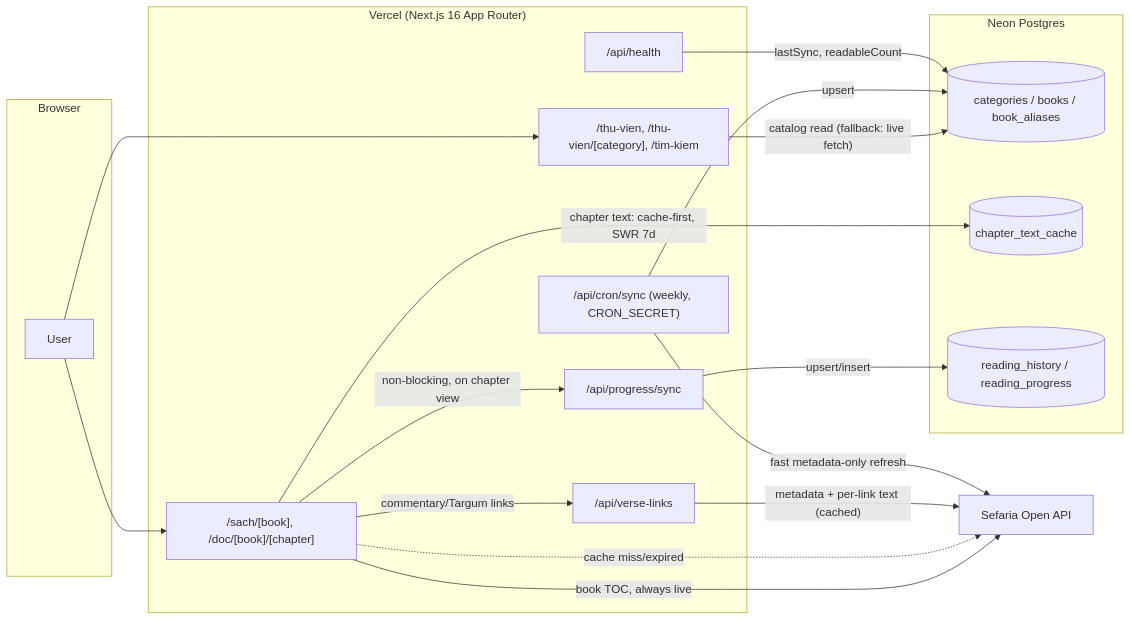
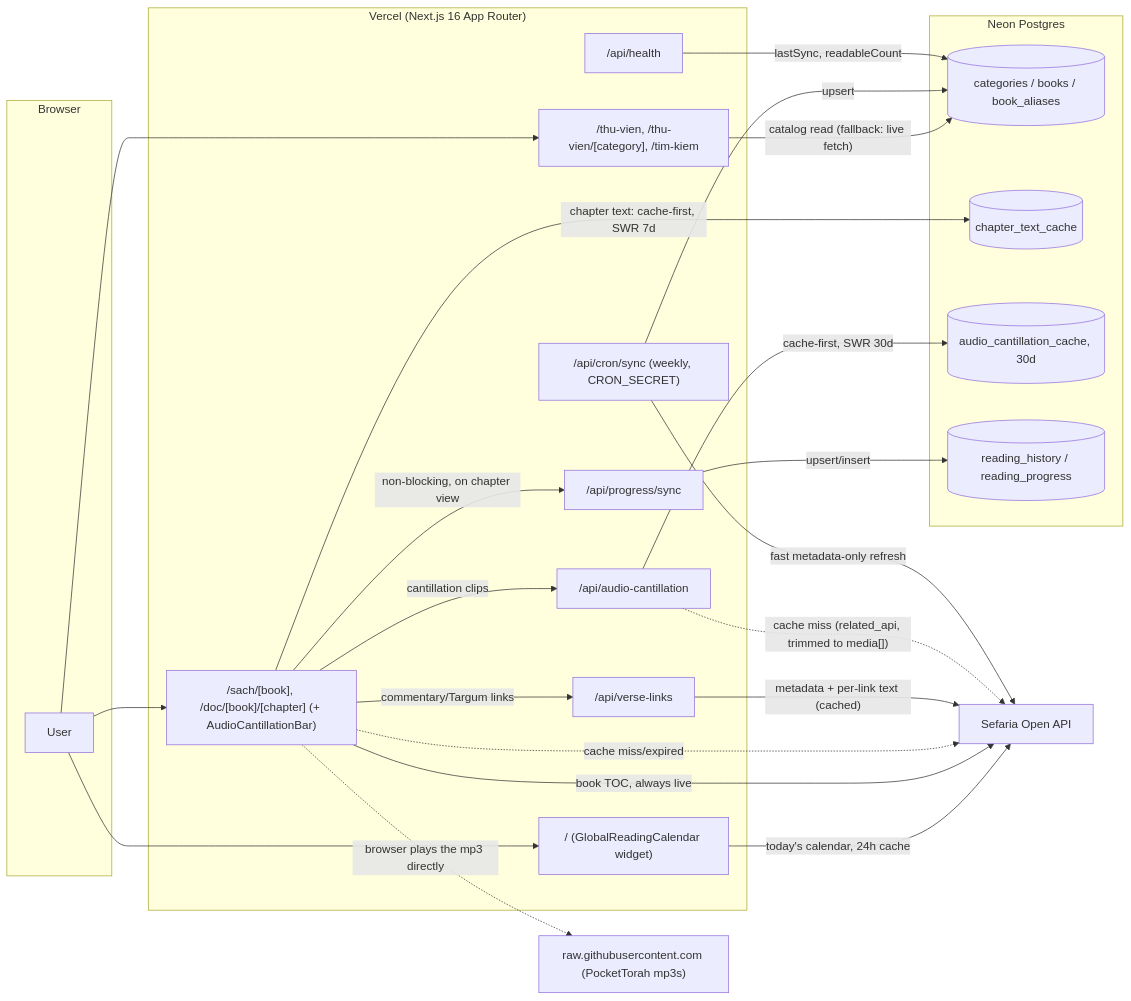
The diagram in README.md (minhtai0611/israeli-inspired-3d-book-website), drawn with Mermaid before and after one commit. The commit also changed other lines of this file, not shown here.

Commit message:
docs: reflect ADV-1..4 in README, correct plan doc's API assumptions

````diff
--- a/README.md
+++ b/README.md
@@ -53,34 +66,44 @@
 ```mermaid
 flowchart LR
     subgraph Browser
         U[User]
     end
     subgraph Vercel["Vercel (Next.js 16 App Router)"]
+        Home["/ (GlobalReadingCalendar widget)"]
         Browse["/thu-vien, /thu-vien/[category], /tim-kiem"]
-        Read["/sach/[book], /doc/[book]/[chapter]"]
+        Read["/sach/[book], /doc/[book]/[chapter] (+ AudioCantillationBar)"]
         ProgressAPI["/api/progress/sync"]
         LinksAPI["/api/verse-links"]
+        AudioAPI["/api/audio-cantillation"]
         Cron["/api/cron/sync (weekly, CRON_SECRET)"]
         Health["/api/health"]
     end
     subgraph Neon["Neon Postgres"]
         DB[(categories / books / book_aliases)]
         Cache[(chapter_text_cache)]
+        AudioCache[(audio_cantillation_cache, 30d)]
         Reader[(reading_history / reading_progress)]
     end
     Sefaria["Sefaria Open API"]
+    PocketTorah["raw.githubusercontent.com (PocketTorah mp3s)"]
 
+    U --> Home
     U --> Browse
     U --> Read
+    Home -- "today's calendar, 24h cache" --> Sefaria
     Browse -- "catalog read (fallback: live fetch)" --> DB
     Read -- "book TOC, always live" --> Sefaria
     Read -- "chapter text: cache-first, SWR 7d" --> Cache
     Read -. "cache miss/expired" .-> Sefaria
     Read -- "commentary/Targum links" --> LinksAPI
     LinksAPI -- "metadata + per-link text (cached)" --> Sefaria
+    Read -- "cantillation clips" --> AudioAPI
+    AudioAPI -- "cache-first, SWR 30d" --> AudioCache
+    AudioAPI -. "cache miss (related_api, trimmed to media[])" .-> Sefaria
+    Read -. "browser plays the mp3 directly" .-> PocketTorah
     Read -- "non-blocking, on chapter view" --> ProgressAPI
     ProgressAPI -- "upsert/insert" --> Reader
     Cron -- "fast metadata-only refresh" --> Sefaria
     Cron -- "upsert" --> DB
     Health -- "lastSync, readableCount" --> DB
 ```
````
